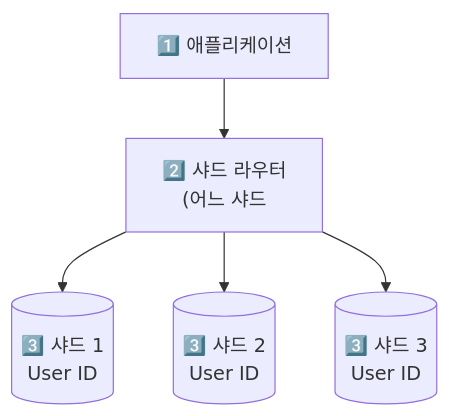
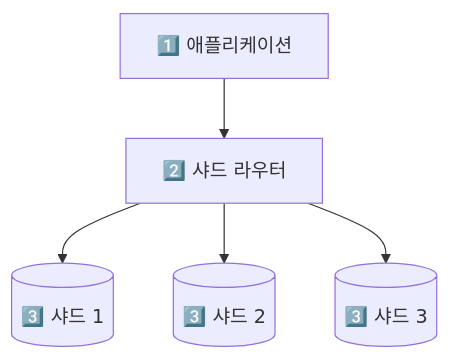
The ninth of 17 diagrams in _posts/systemdesign/2026-05-02-system-design-fundamentals.md (yjkim2015/yjkim2015.github.io), drawn with Mermaid before and after one commit. The commit also changed other lines of this file and 217 other files, not shown here.

First line of the commit message:
Mermaid 크기 수정: useMaxWidth:true + SVG max-width:100% + 라벨 축소

````diff
--- a/_posts/systemdesign/2026-05-02-system-design-fundamentals.md
+++ b/_posts/systemdesign/2026-05-02-system-design-fundamentals.md
@@ -353,7 +353,7 @@
 ```mermaid
 graph TD
-    App["1️⃣ 애플리케이션"] --> SR["2️⃣ 샤드 라우터\n(어느 샤드"]
-    SR --> S1[("3️⃣ 샤드 1\nUser ID")]
-    SR --> S2[("3️⃣ 샤드 2\nUser ID")]
-    SR --> S3[("3️⃣ 샤드 3\nUser ID")]
+    App["1️⃣ 애플리케이션"] --> SR["2️⃣ 샤드 라우터"]
+    SR --> S1[("3️⃣ 샤드 1")]
+    SR --> S2[("3️⃣ 샤드 2")]
+    SR --> S3[("3️⃣ 샤드 3")]
 ```
````
